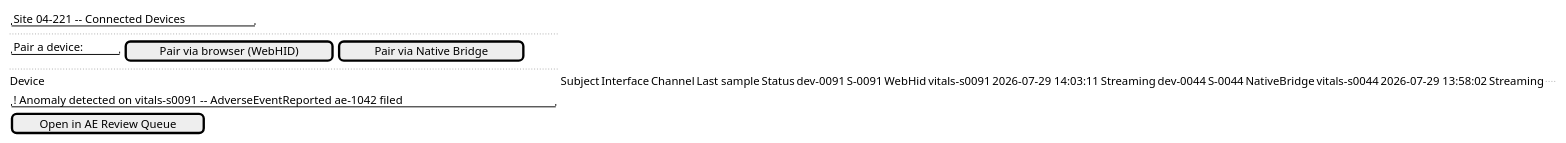
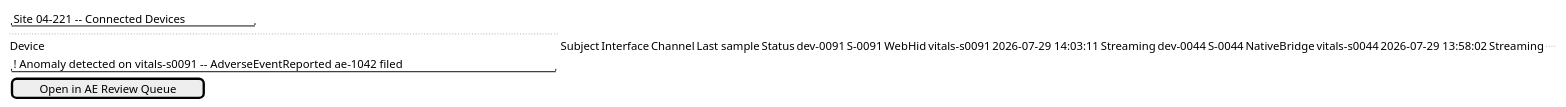
Before and after one commit to Mwwhited-BookLearning/EventSourcing: the eighth of 8 diagrams in docs/domains/clinical-trials-device-telemetry/features/device-onboarding-and-continuous-monitoring.md, drawn with PlantUML. The commit also changed other lines of this file and 9 other files, not shown here.

````diff
--- a/docs/domains/clinical-trials-device-telemetry/features/device-onboarding-and-continuous-monitoring.md
+++ b/docs/domains/clinical-trials-device-telemetry/features/device-onboarding-and-continuous-monitoring.md
@@ -287,15 +357,14 @@
 ```plantuml
 @startsalt
 {
   { "Site 04-221 -- Connected Devices" }
-  ..
-  { "Pair a device:" | [ Pair via browser (WebHID) ] | [ Pair via Native Bridge ] }
   ..
   | Device    | Subject | Interface    | Channel        | Last sample        | Status     |
   | dev-0091  | S-0091  | WebHid       | vitals-s0091   | 2026-07-29 14:03:11 | Streaming  |
   | dev-0044  | S-0044  | NativeBridge | vitals-s0044   | 2026-07-29 13:58:02 | Streaming  |
   ..
   { "! Anomaly detected on vitals-s0091 -- AdverseEventReported ae-1042 filed" }
   [ Open in AE Review Queue ]
 }
+@endsalt
 ```
````
